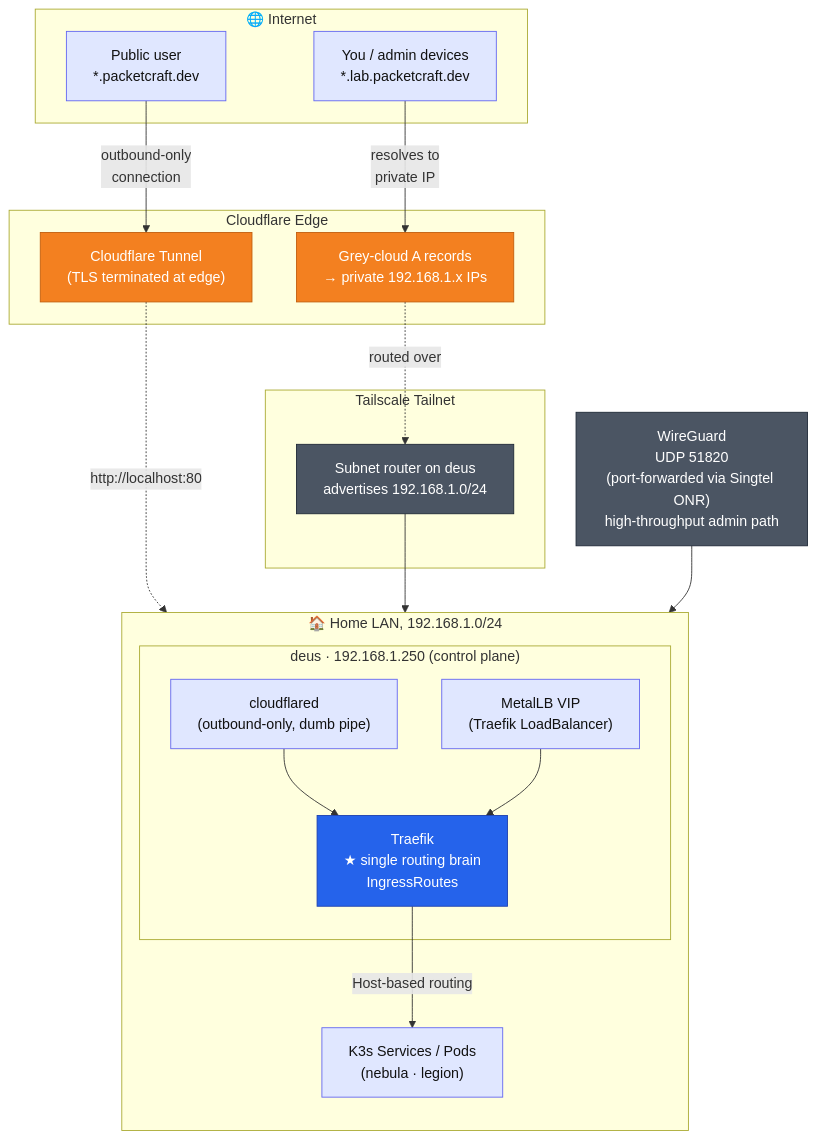
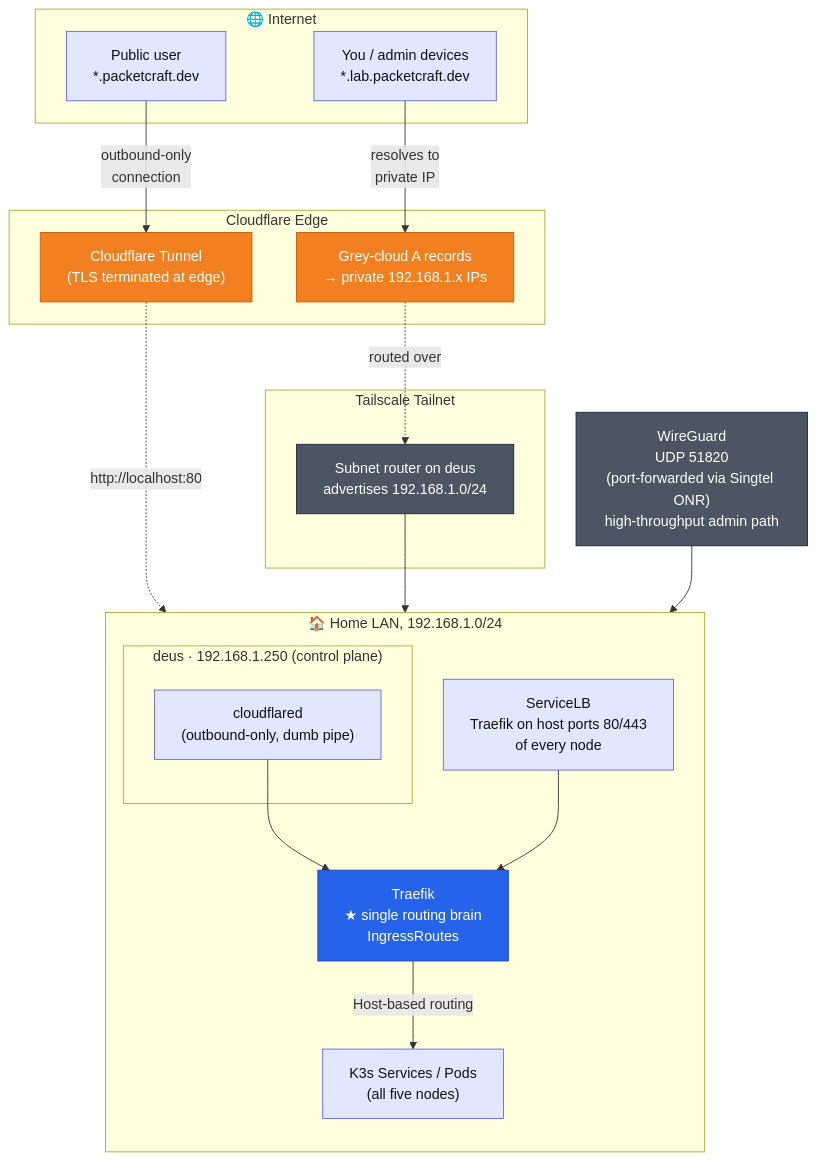
The first of 4 diagrams in docs/system-architecture/home-cluster.md (home-compute-cluster/docs), drawn with Mermaid before and after one commit. The commit also changed other lines of this file and 4 other files, not shown here.

First line of the commit message:
Replace MetalLB with the bundled K3s ServiceLB

````diff
--- a/docs/system-architecture/home-cluster.md
+++ b/docs/system-architecture/home-cluster.md
@@ -64,52 +64,52 @@
 ```mermaid
 flowchart TB
     subgraph internet["🌐 Internet"]
         user_pub["Public user<br/>*.packetcraft.dev"]
         user_priv["You / admin devices<br/>*.lab.packetcraft.dev"]
     end
 
     subgraph cf["Cloudflare Edge"]
         cf_tunnel["Cloudflare Tunnel<br/>(TLS terminated at edge)"]
         cf_dns_grey["Grey-cloud A records<br/>→ private 192.168.1.x IPs"]
     end
 
     subgraph tailnet["Tailscale Tailnet"]
         ts_router["Subnet router on deus<br/>advertises 192.168.1.0/24"]
     end
 
     wg["WireGuard<br/>UDP 51820<br/>(port-forwarded via Singtel ONR)<br/>high-throughput admin path"]
 
     subgraph lan["🏠 Home LAN, 192.168.1.0/24"]
         direction TB
 
         subgraph deus_node["deus · 192.168.1.250 (control plane)"]
             cloudflared["cloudflared<br/>(outbound-only, dumb pipe)"]
-            traefik["Traefik<br/>★ single routing brain<br/>IngressRoutes"]
-            metallb_vip["MetalLB VIP<br/>(Traefik LoadBalancer)"]
         end
 
-        svc_pool["K3s Services / Pods<br/>(nebula · legion)"]
+        svclb["ServiceLB<br/>Traefik on host ports 80/443<br/>of every node"]
+        traefik["Traefik<br/>★ single routing brain<br/>IngressRoutes"]
+        svc_pool["K3s Services / Pods<br/>(all five nodes)"]
     end
 
     user_pub -->|"outbound-only<br/>connection"| cf_tunnel
     cf_tunnel -.->|"http://localhost:80"| cloudflared
     cloudflared --> traefik
 
     user_priv -->|"resolves to<br/>private IP"| cf_dns_grey
     cf_dns_grey -.->|"routed over"| ts_router
-    ts_router --> metallb_vip
-    wg --> metallb_vip
-    metallb_vip --> traefik
+    ts_router --> svclb
+    wg --> svclb
+    svclb --> traefik
 
     traefik -->|"Host-based routing"| svc_pool
 
     classDef edge fill:#f38020,stroke:#c25e0d,color:#fff
     classDef ts fill:#4b5563,stroke:#1f2937,color:#fff
     classDef brain fill:#2563eb,stroke:#1e40af,color:#fff
     classDef node fill:#e0e7ff,stroke:#6366f1,color:#111
 
     class cf_tunnel,cf_dns_grey edge
     class ts_router,wg ts
     class traefik brain
-    class cloudflared,metallb_vip,svc_pool node
+    class cloudflared,svclb,svc_pool node
 ```
````
